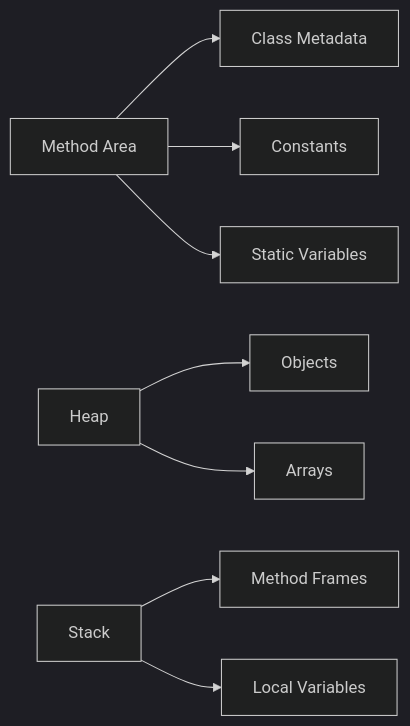
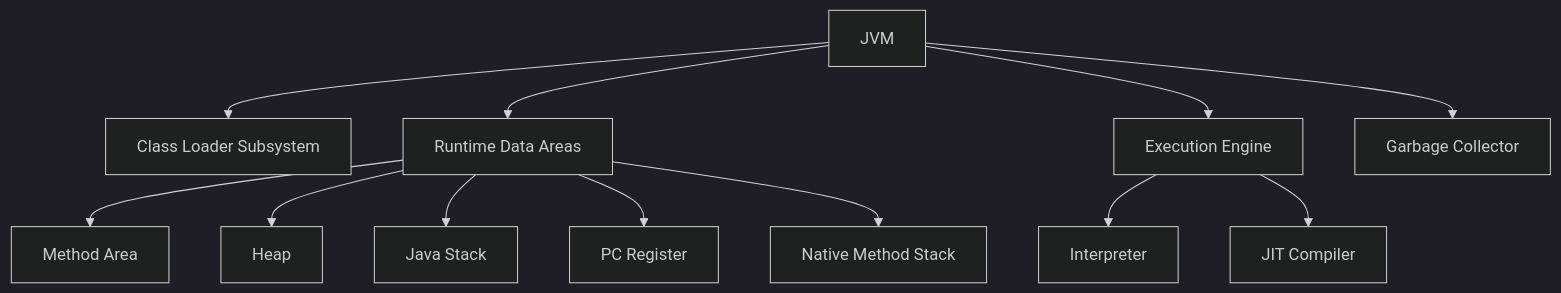
One commit to VrushankPatel/interview-matters changed the diagram in jvm-internals-and-class-loading/README.md. Above: the diagram before and after it, drawn with Mermaid (dark theme). The commit also changed other lines of this file and 6 other files, not shown here.

Commit message:
kb: add/update topics Java Fundamentals, OOP Principles in Java, JVM Internals & Class Loading, Garbage Collection Algorithms, Multithreading & Concurrency in Java

````diff
--- a/jvm-internals-and-class-loading/README.md
+++ b/jvm-internals-and-class-loading/README.md
@@ -64,10 +21,16 @@
 ```mermaid
-graph LR
-    A[Method Area] --> B[Class Metadata]
-    A --> C[Constants]
-    A --> D[Static Variables]
-    E[Heap] --> F[Objects]
-    E --> G[Arrays]
-    H[Stack] --> I[Method Frames]
-    H --> J[Local Variables]
+graph TD
+    A[JVM] --> B[Class Loader Subsystem]
+    A --> C[Runtime Data Areas]
+    A --> D[Execution Engine]
+    A --> E[Garbage Collector]
+    
+    C --> F[Method Area]
+    C --> G[Heap]
+    C --> H[Java Stack]
+    C --> I[PC Register]
+    C --> J[Native Method Stack]
+    
+    D --> K[Interpreter]
+    D --> L[JIT Compiler]
 ```
````
